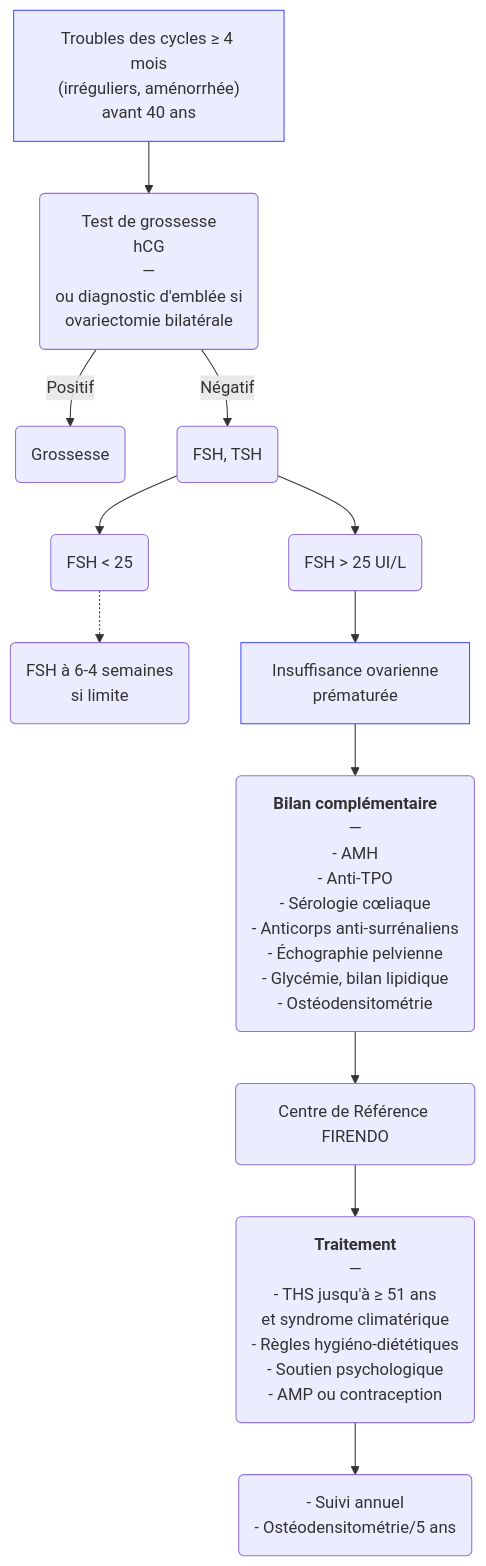
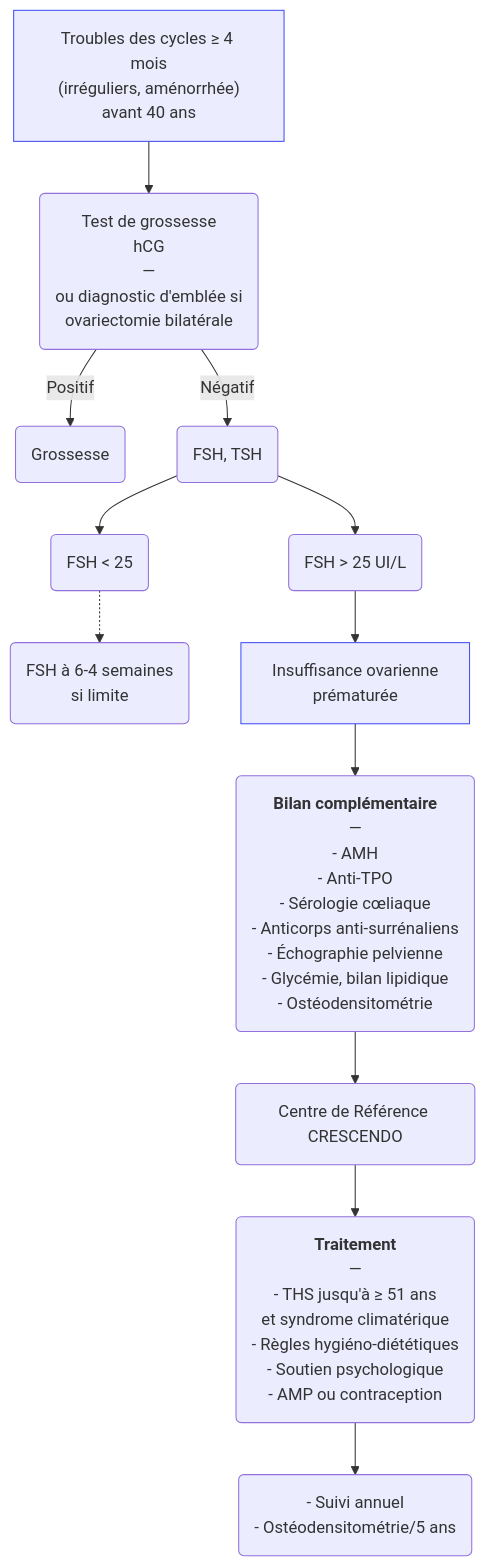
The diagram in content/recommandations/insuffisance-ovarienne-prematuree.md (djibe/recommandations-medicales), drawn with Mermaid before and after one commit. The commit also changed other lines of this file and 32 other files, not shown here.

```diff
--- a/content/recommandations/insuffisance-ovarienne-prematuree.md
+++ b/content/recommandations/insuffisance-ovarienne-prematuree.md
@@ -264,10 +265,10 @@
 {{< mermaid title="Prise en charge de l'insuffisance ovarienne prématurée (ex ménopause précoce): diagnostic et traitement. Dr JB Fron d'après ESHRE 2024 et PNDS" >}}
 graph TB
   aménorrhée["Troubles des cycles ≥ 4 mois<br>(irréguliers, aménorrhée)<br>avant 40 ans"] --> hcg("Test de grossesse<br>hCG<br>—<br>ou diagnostic d'emblée si<br>ovariectomie bilatérale") -- Positif --> grossesse(Grossesse)
   style aménorrhée stroke:#4150f5, stroke-width:1px
     hcg -- Négatif --> dosage(FSH, TSH)
       dosage --> FSHbas("FSH &lt; 25") -.-> renouveler("FSH à 6-4 semaines<br>si limite")
       dosage --> FSHhaut("FSH &gt; 25 UI/L") --> diagnostic[Insuffisance ovarienne<br>prématurée]
       style diagnostic stroke:#4150f5, stroke-width:1px
-      diagnostic --> complémentaire("<b>Bilan complémentaire</b><br>—<br>- AMH<br>- Anti-TPO<br>- Sérologie cœliaque<br>- Anticorps anti-surrénaliens<br>- Échographie pelvienne<br>- Glycémie, bilan lipidique<br>- Ostéodensitométrie") --> spe(Centre de Référence FIRENDO) --> traitement("<b>Traitement</b><br>—<br>- THS jusqu'à ≥ 51 ans<br>et syndrome climatérique<br>- Règles hygiéno-diététiques<br>- Soutien psychologique<br>- AMP ou contraception") --> suivi("- Suivi annuel<br>- Ostéodensitométrie/5 ans")
+      diagnostic --> complémentaire("<b>Bilan complémentaire</b><br>—<br>- AMH<br>- Anti-TPO<br>- Sérologie cœliaque<br>- Anticorps anti-surrénaliens<br>- Échographie pelvienne<br>- Glycémie, bilan lipidique<br>- Ostéodensitométrie") --> spe(Centre de Référence CRESCENDO) --> traitement("<b>Traitement</b><br>—<br>- THS jusqu'à ≥ 51 ans<br>et syndrome climatérique<br>- Règles hygiéno-diététiques<br>- Soutien psychologique<br>- AMP ou contraception") --> suivi("- Suivi annuel<br>- Ostéodensitométrie/5 ans")
 {{< /mermaid >}}
```
